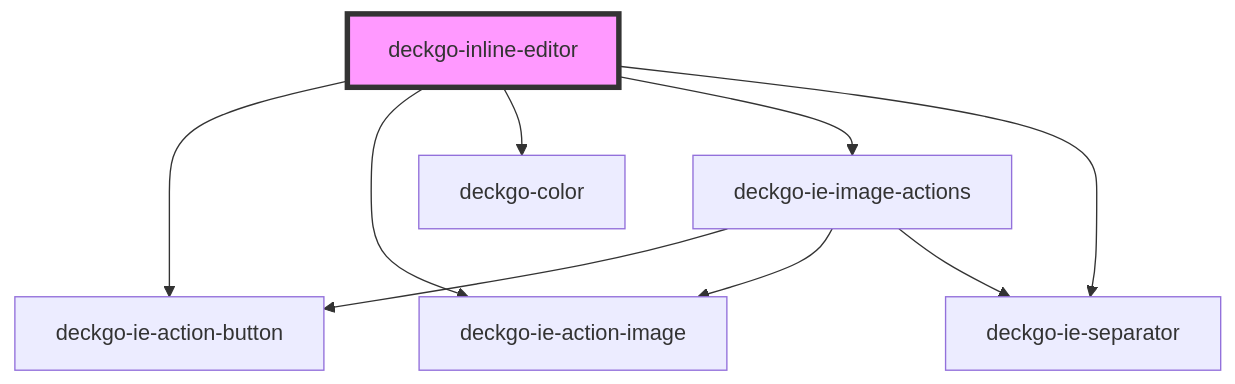
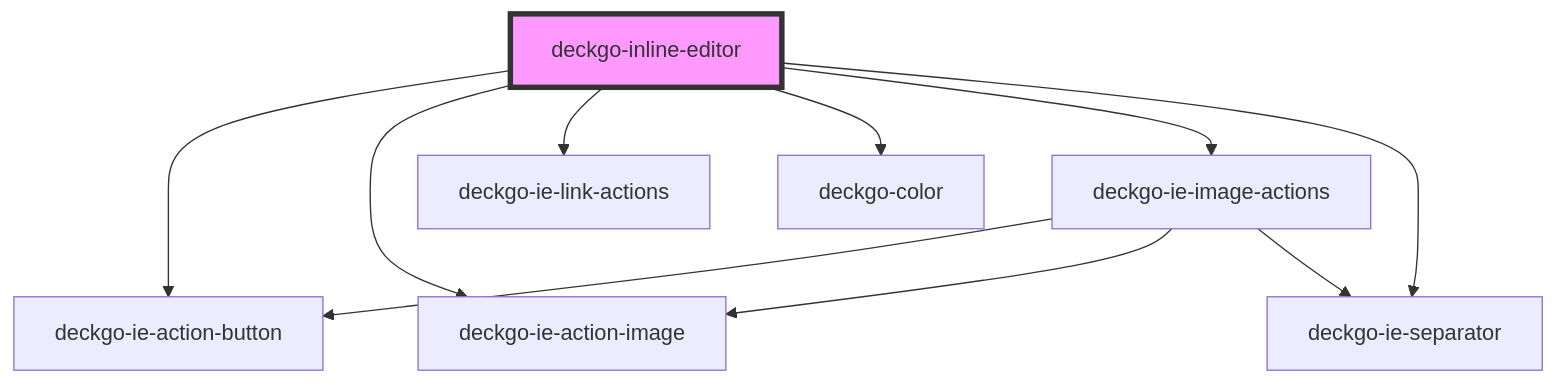
The diagram in webcomponents/inline-editor/src/components/inline-editor/readme.md (deckgo/deckdeckgo), drawn with Mermaid before and after one commit. The commit also changed other lines of this file and 8 other files, not shown here.

````diff
--- a/webcomponents/inline-editor/src/components/inline-editor/readme.md
+++ b/webcomponents/inline-editor/src/components/inline-editor/readme.md
@@ -51,12 +52,13 @@
 ```mermaid
 graph TD;
   deckgo-inline-editor --> deckgo-ie-action-button
   deckgo-inline-editor --> deckgo-ie-action-image
+  deckgo-inline-editor --> deckgo-ie-link-actions
   deckgo-inline-editor --> deckgo-color
   deckgo-inline-editor --> deckgo-ie-image-actions
   deckgo-inline-editor --> deckgo-ie-separator
   deckgo-ie-image-actions --> deckgo-ie-action-button
   deckgo-ie-image-actions --> deckgo-ie-action-image
   deckgo-ie-image-actions --> deckgo-ie-separator
   style deckgo-inline-editor fill:#f9f,stroke:#333,stroke-width:4px
 ```
````
